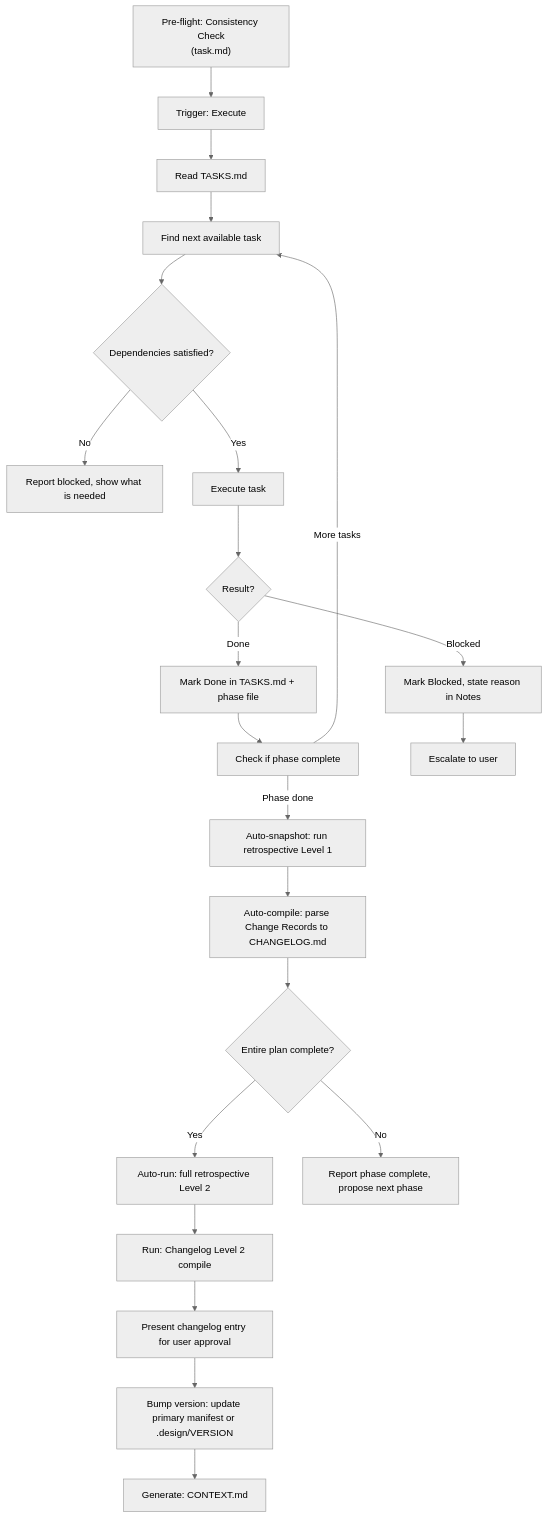
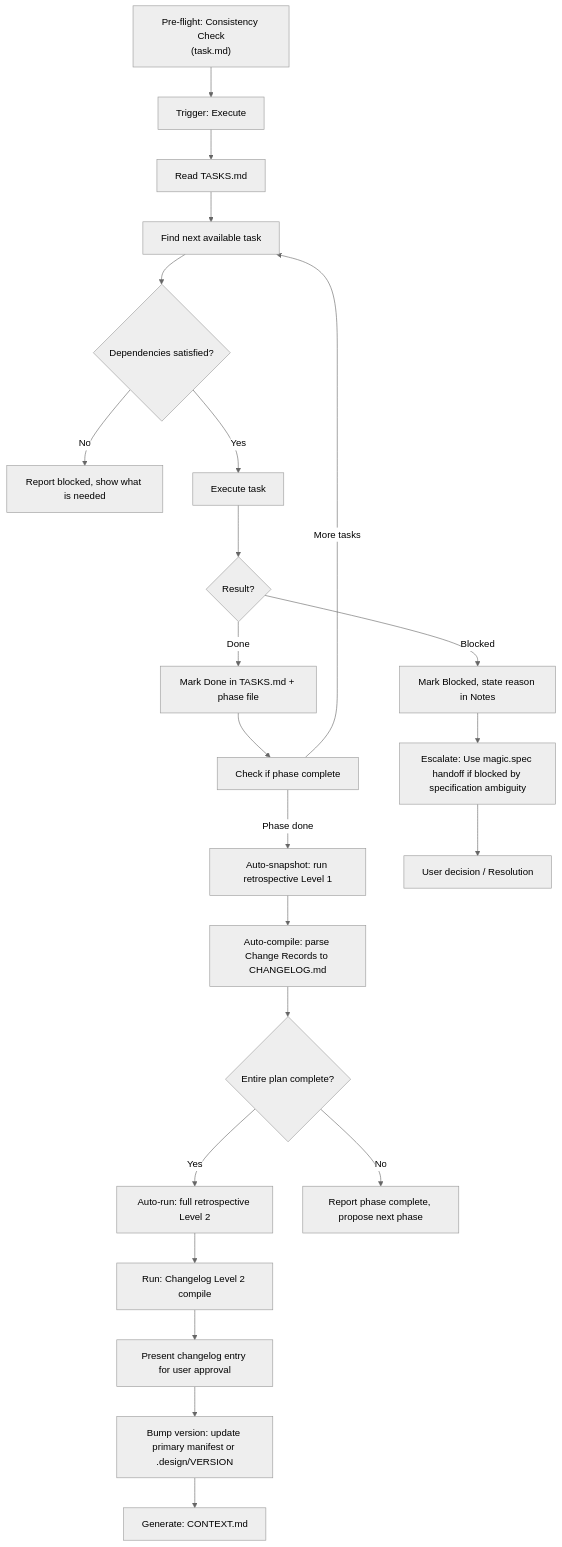
Before and after one commit to teratron/magic-spec: the first of 2 diagrams in .magic/run.md, drawn with Mermaid (neutral theme). The commit also changed other lines of this file and 6 other files, not shown here.

````diff
--- a/.magic/run.md
+++ b/.magic/run.md
@@ -68,24 +68,25 @@
 ```mermaid
 graph TD
     Z["Pre-flight: Consistency Check\n(task.md)"] --> A
     A[Trigger: Execute] --> B[Read TASKS.md]
     B --> C[Find next available task]
     C --> D{Dependencies satisfied?}
     D -->|No| E[Report blocked, show what is needed]
     D -->|Yes| F[Execute task]
     F --> G{Result?}
     G -->|Done| H[Mark Done in TASKS.md + phase file]
     G -->|Blocked| I[Mark Blocked, state reason in Notes]
     H --> J[Check if phase complete]
     J -->|Phase done| K[Auto-snapshot: run retrospective Level 1]
     K --> L1[Auto-compile: parse Change Records to CHANGELOG.md]
     L1 --> L{Entire plan complete?}
     L -->|Yes| M[Auto-run: full retrospective Level 2]
     M --> M1[Run: Changelog Level 2 compile]
     M1 --> N1[Present changelog entry for user approval]
     N1 --> N2[Bump version: update primary manifest or .design/VERSION]
     N2 --> N3[Generate: CONTEXT.md]
     L -->|No| N[Report phase complete, propose next phase]
     J -->|More tasks| C
-    I --> O[Escalate to user]
+    I --> O[Escalate: Use magic.spec handoff if blocked by specification ambiguity]
+    O --> P[User decision / Resolution]
 ```
````
